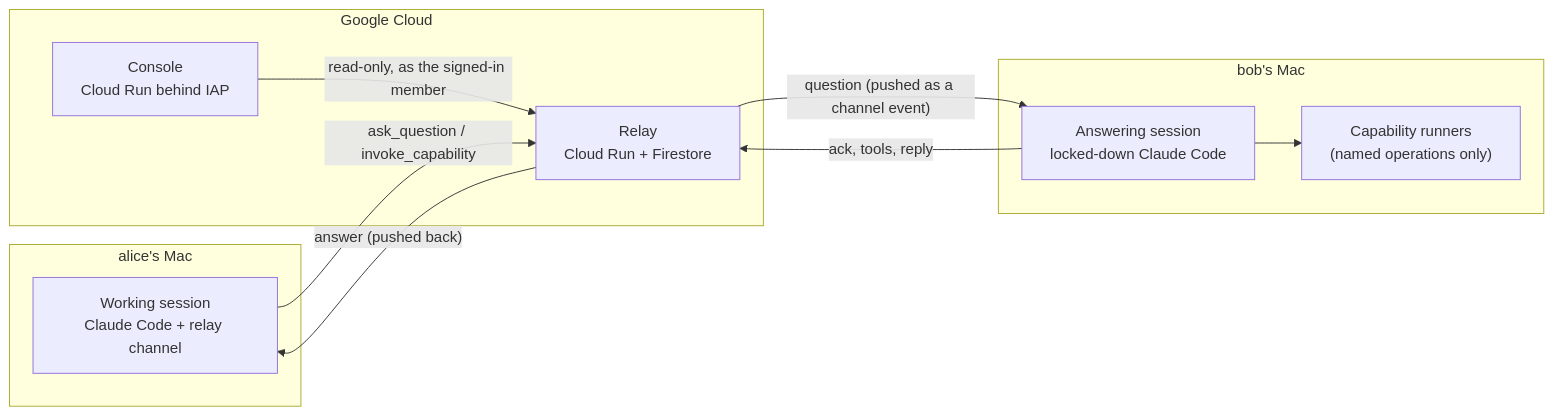
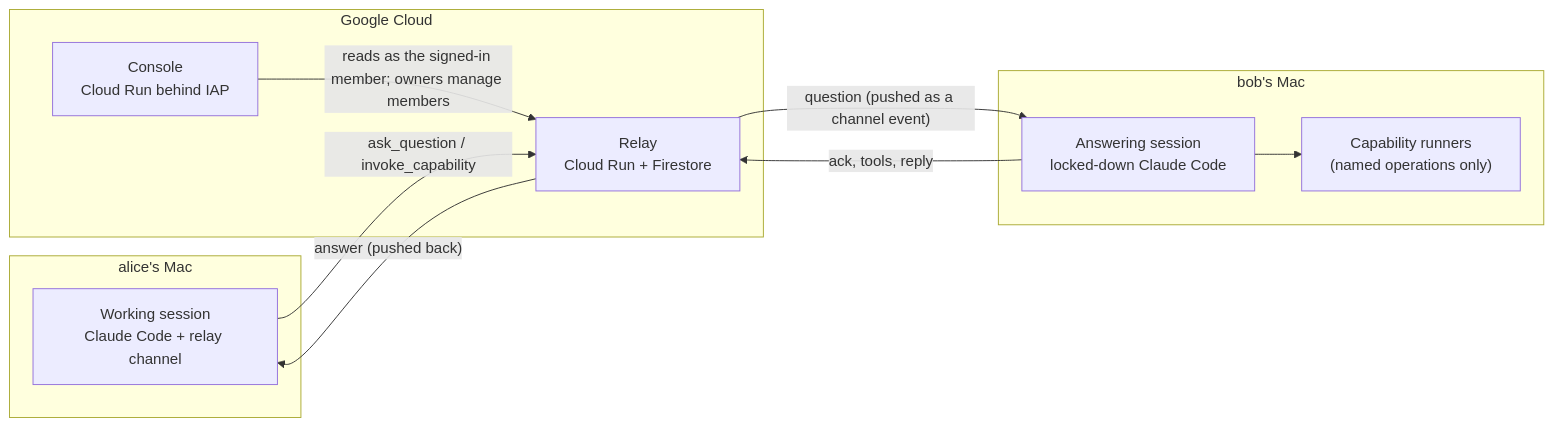
Before and after one commit to kivanov82/team-relay: the diagram in README.md, drawn with Mermaid. The commit also changed other lines of this file and 1 other file, not shown here.

Commit message:
Describe the three join steps, the sign-in and the owner's members in the READMEs

````diff
--- a/README.md
+++ b/README.md
@@ -16,20 +16,20 @@
 ```mermaid
 flowchart LR
   subgraph A["alice's Mac"]
     AW["Working session<br/>Claude Code + relay channel"]
   end
   subgraph R["Google Cloud"]
     RL["Relay<br/>Cloud Run + Firestore"]
     CO["Console<br/>Cloud Run behind IAP"]
   end
   subgraph B["bob's Mac"]
     BA["Answering session<br/>locked-down Claude Code"]
     CAP["Capability runners<br/>(named operations only)"]
   end
   AW -- "ask_question / invoke_capability" --> RL
   RL -- "question (pushed as a channel event)" --> BA
   BA -- "ack, tools, reply" --> RL
   BA --> CAP
   RL -- "answer (pushed back)" --> AW
-  CO -- "read-only, as the signed-in member" --> RL
+  CO -- "reads as the signed-in member; owners manage members" --> RL
 ```
````
